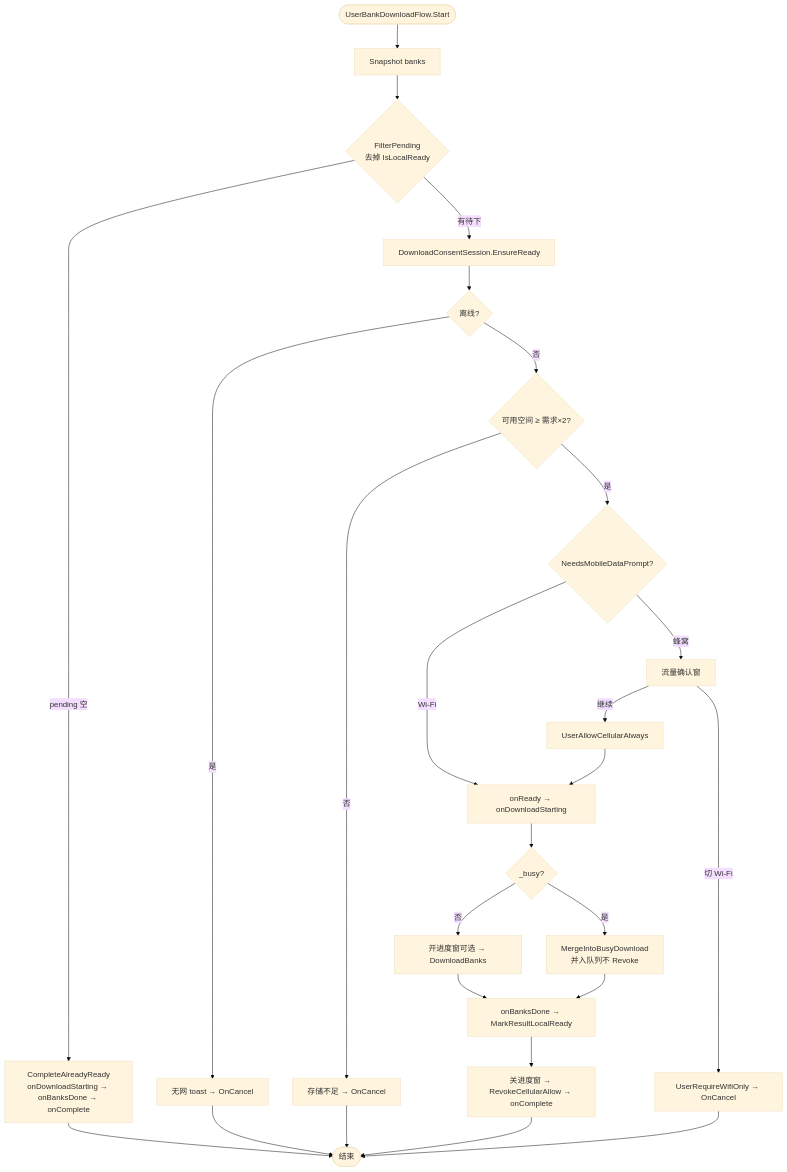
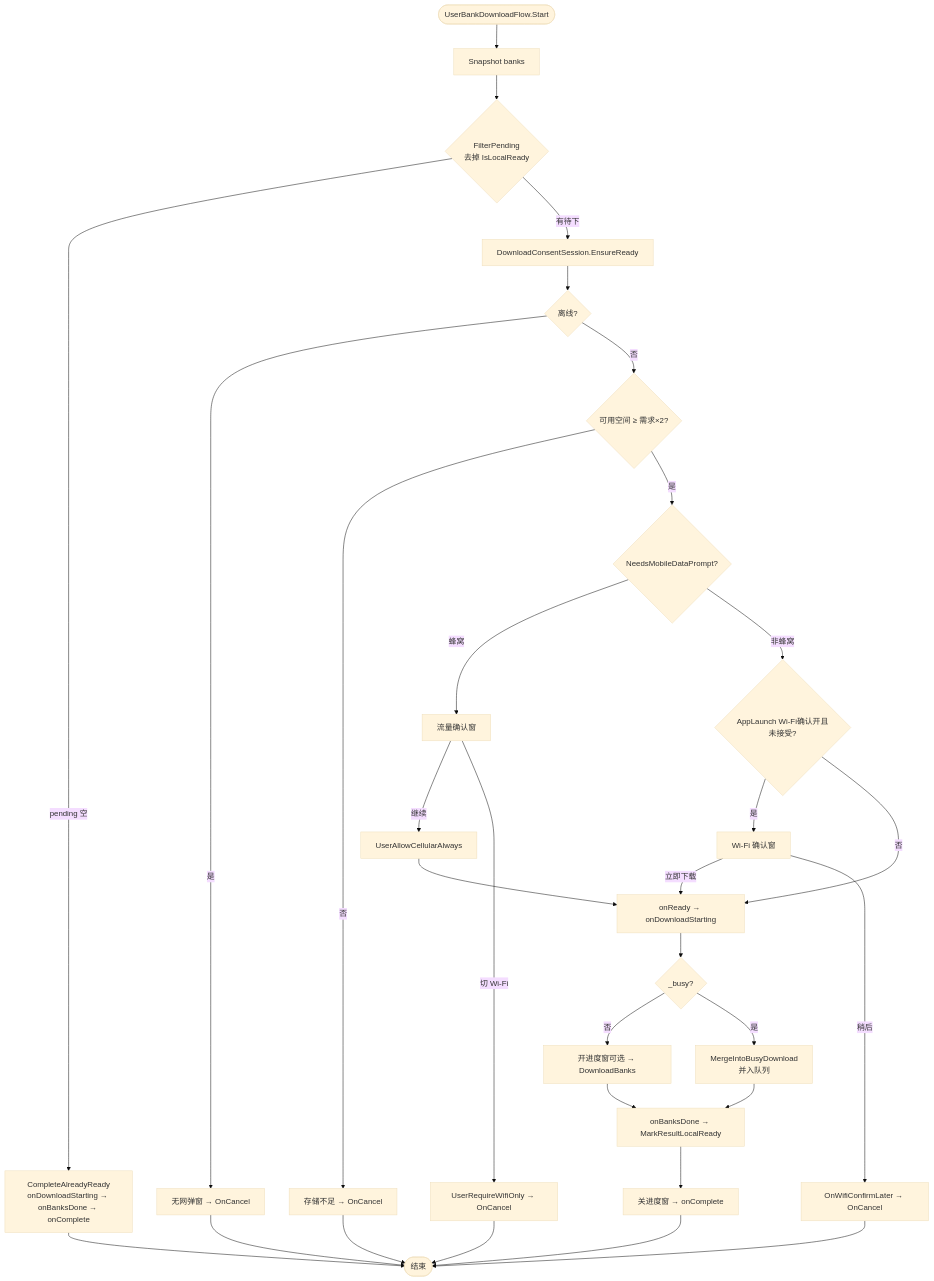
One commit to sika0819/CustomSRP changed the third of 11 diagrams in Assets/GameMain/Docs/13-bank-download.md. Above: the diagram before and after it, drawn with Mermaid (base theme). The commit also changed other lines of this file and 813 other files, not shown here.

````diff
--- a/Assets/GameMain/Docs/13-bank-download.md
+++ b/Assets/GameMain/Docs/13-bank-download.md
@@ -88,27 +88,32 @@
 ```mermaid
 flowchart TD
   Start([UserBankDownloadFlow.Start]) --> Snap[Snapshot banks]
   Snap --> FP{FilterPending<br/>去掉 IsLocalReady}
   FP -->|pending 空| ReadyPath[CompleteAlreadyReady<br/>onDownloadStarting → onBanksDone → onComplete]
   FP -->|有待下| ER[DownloadConsentSession.EnsureReady]
   ER --> Offline{离线?}
-  Offline -->|是| Toast1[无网 toast → OnCancel]
+  Offline -->|是| Toast1[无网弹窗 → OnCancel]
   Offline -->|否| Stor{可用空间 ≥ 需求×2?}
   Stor -->|否| Toast2[存储不足 → OnCancel]
   Stor -->|是| Cell{NeedsMobileDataPrompt?}
-  Cell -->|Wi‑Fi| Go[onReady → onDownloadStarting]
   Cell -->|蜂窝| MD[流量确认窗]
   MD -->|继续| Allow[UserAllowCellularAlways] --> Go
-  MD -->|切 Wi‑Fi| Wifi[UserRequireWifiOnly → OnCancel]
+  MD -->|切 Wi‑Fi| WifiOnly[UserRequireWifiOnly → OnCancel]
+  Cell -->|非蜂窝| WifiGate{AppLaunch Wi‑Fi确认开且未接受?}
+  WifiGate -->|是| WC[Wi‑Fi 确认窗]
+  WC -->|立即下载| Go
+  WC -->|稍后| Later[OnWifiConfirmLater → OnCancel]
+  WifiGate -->|否| Go[onReady → onDownloadStarting]
   Go --> Busy{_busy?}
   Busy -->|否| DL1[开进度窗可选 → DownloadBanks]
-  Busy -->|是| Merge[MergeIntoBusyDownload<br/>并入队列不 Revoke]
+  Busy -->|是| Merge[MergeIntoBusyDownload<br/>并入队列]
   DL1 --> Done[onBanksDone → MarkResultLocalReady]
   Merge --> Done
-  Done --> Fin[关进度窗 → RevokeCellularAllow → onComplete]
+  Done --> Fin[关进度窗 → onComplete]
   ReadyPath --> End([结束])
   Fin --> End
   Toast1 --> End
   Toast2 --> End
-  Wifi --> End
+  WifiOnly --> End
+  Later --> End
 ```
````
